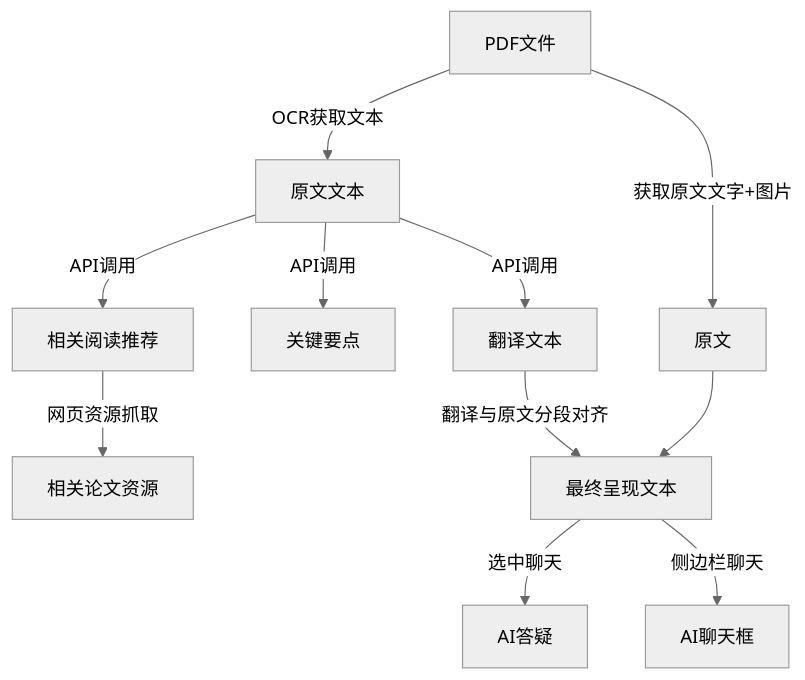
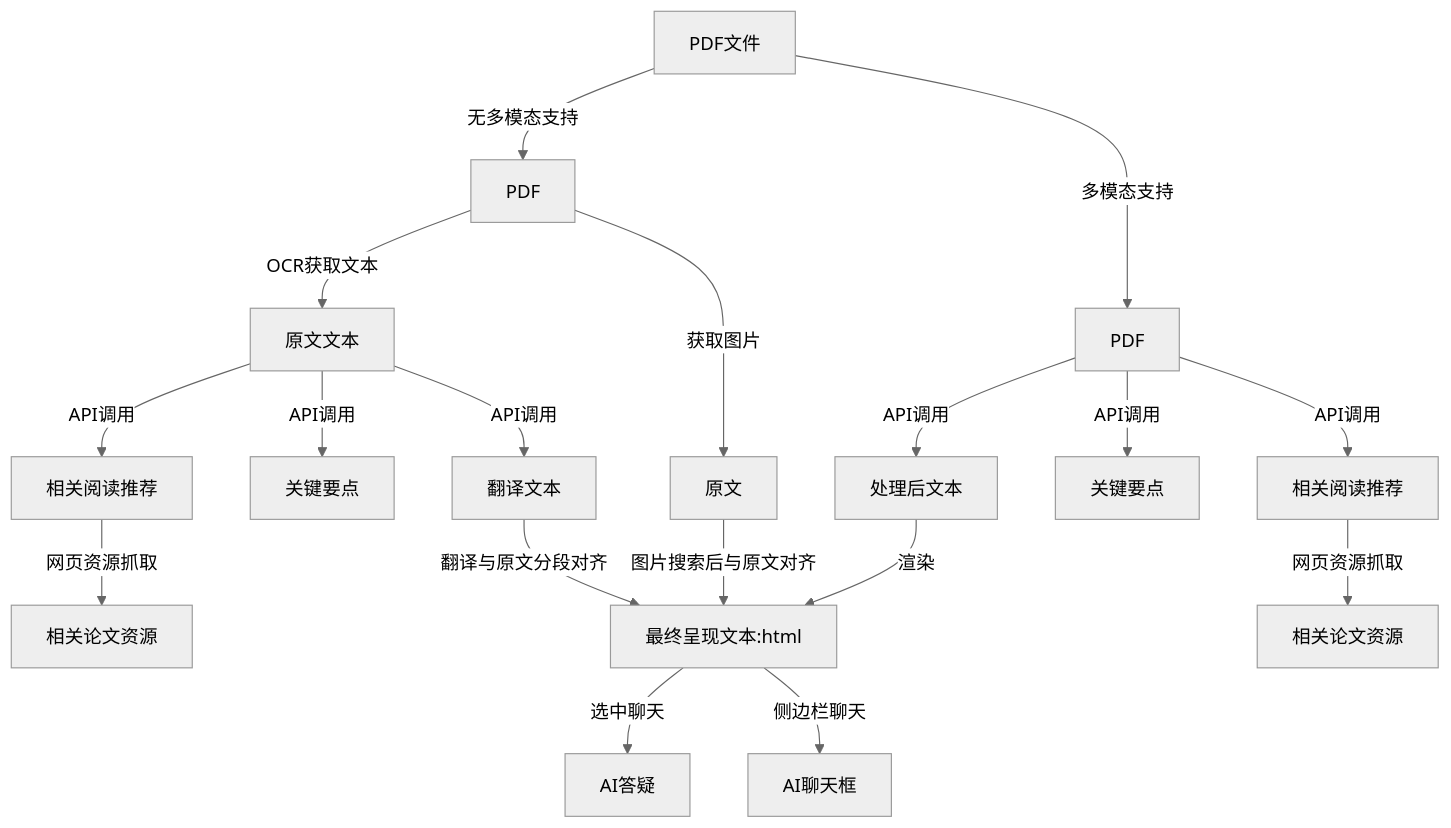
One commit to kkkknigh/python_ changed the second of 2 diagrams in README.md. Above: the diagram before and after it, drawn with Mermaid (neutral theme). The commit also changed 14 other files, not shown here.

```diff
--- a/README.md
+++ b/README.md
@@ -116,14 +116,24 @@
 ~~~mermaid
 graph TD
 A[PDF文件] 
-A -- OCR获取文本 --> B[原文文本]
+A --无多模态支持-->A1[PDF]
+A1 -- OCR获取文本 --> B[原文文本]
 B --API调用--> F[相关阅读推荐]
 F --网页资源抓取 -->J[相关论文资源]
 B --API调用--> G[关键要点]
 B -- API调用 --> C[翻译文本]
-A -- 获取原文文字+图片 --> D[原文] 
-C -- 翻译与原文分段对齐 --> E[最终呈现文本]
-D --> E
+A1 -- 获取图片 --> D[原文] 
+C -- 翻译与原文分段对齐 --> E[最终呈现文本:html]
+D --图片搜索后与原文对齐--> E
 E --选中聊天--> H[AI答疑]
 E --侧边栏聊天 --> I[AI聊天框]
+
+
+A --多模态支持-->A2[PDF]
+
+A2--API调用--> C1[处理后文本]
+A2--API调用--> B1[关键要点]
+A2--API调用--> D1[相关阅读推荐]
+D1 --网页资源抓取 -->J1[相关论文资源]
+C1 --渲染-->E
 ~~~
```
